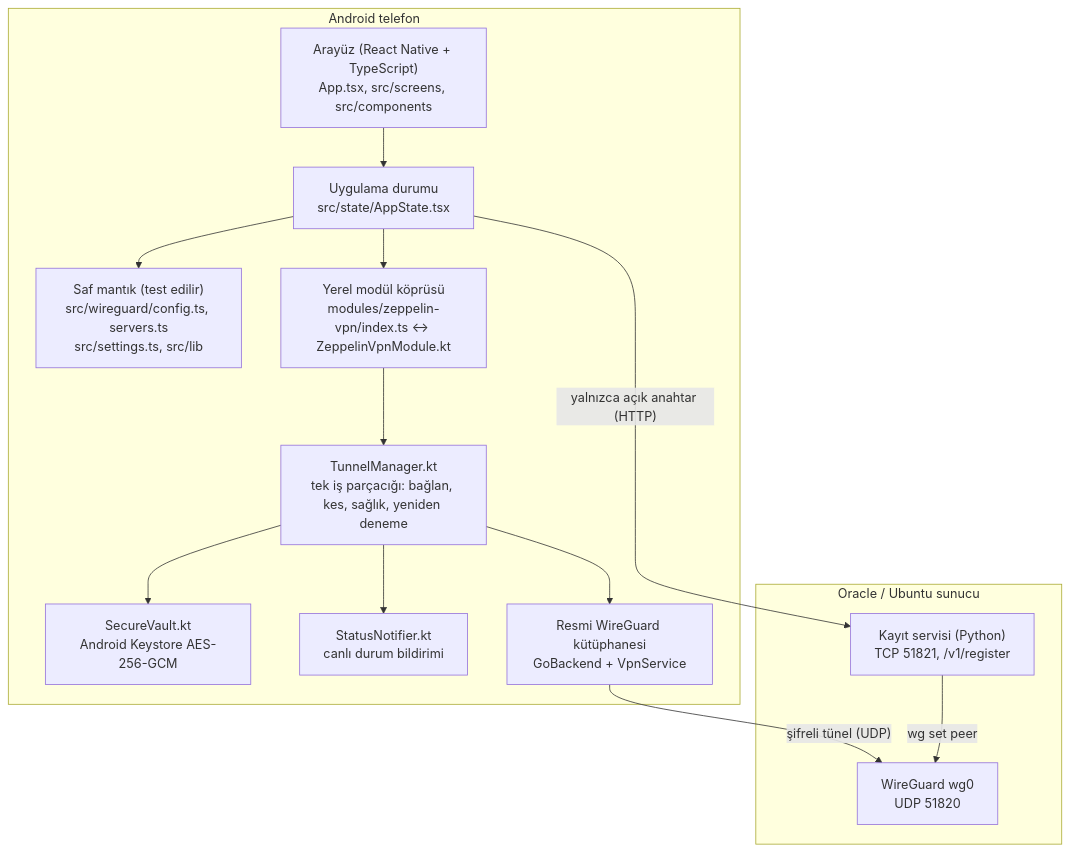
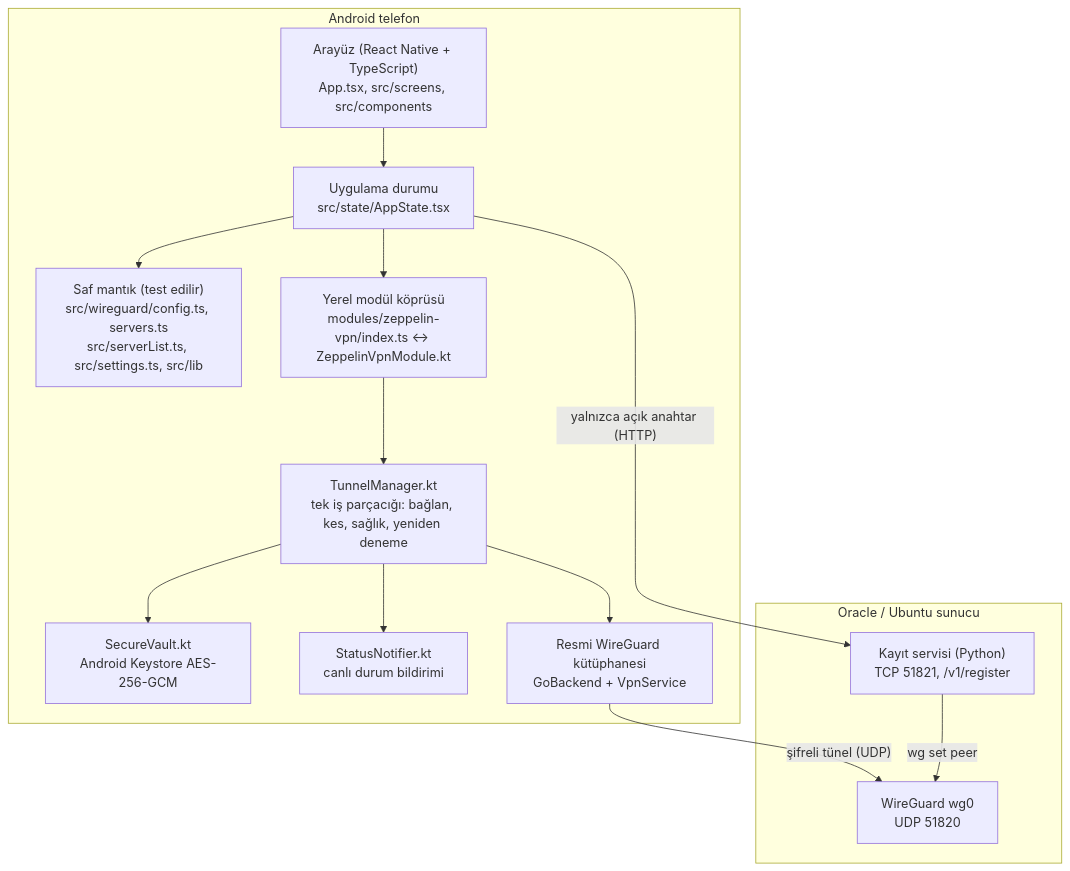
Before and after one commit to LenstedReal/ZeppelinVpn: the first of 4 diagrams in docs/MIMARI_TR.md, drawn with Mermaid. The commit also changed other lines of this file and 9 other files, not shown here.

````diff
--- a/docs/MIMARI_TR.md
+++ b/docs/MIMARI_TR.md
@@ -7,25 +7,25 @@
 ```mermaid
 flowchart TB
   subgraph Telefon["Android telefon"]
     UI["Arayüz (React Native + TypeScript)<br/>App.tsx, src/screens, src/components"]
     State["Uygulama durumu<br/>src/state/AppState.tsx"]
-    Logic["Saf mantık (test edilir)<br/>src/wireguard/config.ts, servers.ts<br/>src/settings.ts, src/lib"]
+    Logic["Saf mantık (test edilir)<br/>src/wireguard/config.ts, servers.ts<br/>src/serverList.ts, src/settings.ts, src/lib"]
     Bridge["Yerel modül köprüsü<br/>modules/zeppelin-vpn/index.ts ↔ ZeppelinVpnModule.kt"]
     TM["TunnelManager.kt<br/>tek iş parçacığı: bağlan, kes, sağlık, yeniden deneme"]
     Vault["SecureVault.kt<br/>Android Keystore AES-256-GCM"]
     Notif["StatusNotifier.kt<br/>canlı durum bildirimi"]
     WG["Resmi WireGuard kütüphanesi<br/>GoBackend + VpnService"]
   end
   subgraph Sunucu["Oracle / Ubuntu sunucu"]
     WG0["WireGuard wg0<br/>UDP 51820"]
     API["Kayıt servisi (Python)<br/>TCP 51821, /v1/register"]
   end
   UI --> State --> Logic
   State --> Bridge --> TM
   TM --> Vault
   TM --> Notif
   TM --> WG
   WG -- "şifreli tünel (UDP)" --> WG0
   State -- "yalnızca açık anahtar (HTTP)" --> API
   API -- "wg set peer" --> WG0
 ```
````
